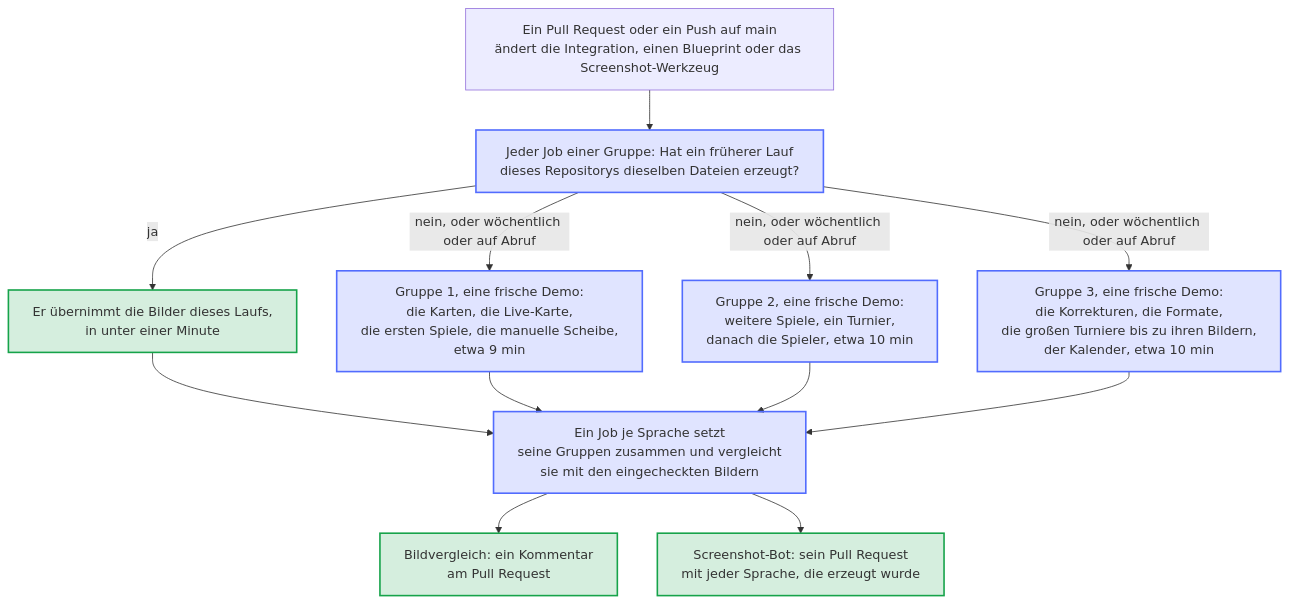
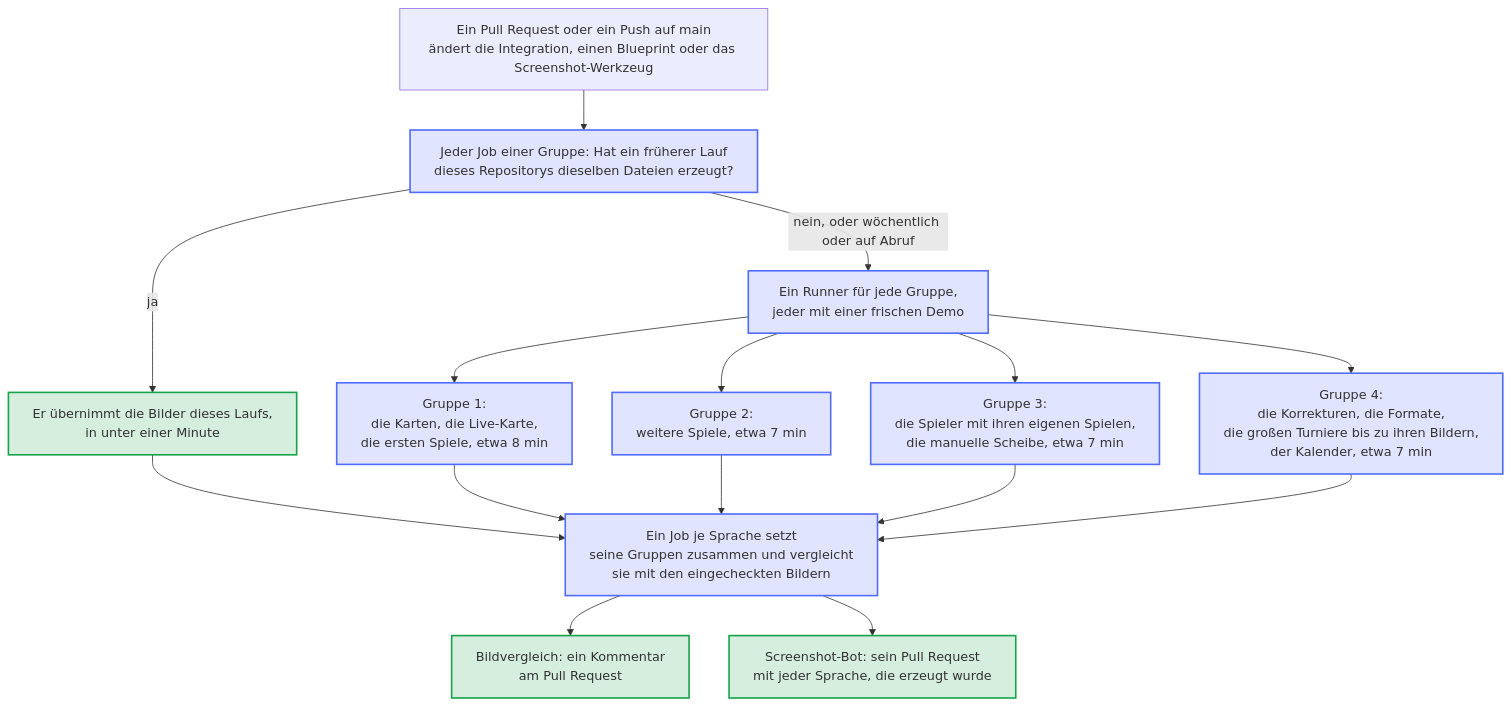
Before and after one commit to Dennis-Otto/homedarts-for-autodarts: the diagram in docs/diagrams/screenshot-groups.de.mmd, drawn with Mermaid. The commit also changed 22 other files, not shown here.

```diff
--- a/docs/diagrams/screenshot-groups.de.mmd
+++ b/docs/diagrams/screenshot-groups.de.mmd
@@ -1,24 +1,26 @@
 ---
 config:
   flowchart:
     wrappingWidth: 400
 ---
 flowchart TB
   accTitle: Wie Bildvergleich und Screenshot-Bot die Bilder in Gruppen erzeugen
-  accDescr: Jede Sprache wird in drei Gruppen gleichzeitig erzeugt, jede Gruppe auf einem eigenen Runner. Zuerst sucht jeder Job einer Gruppe einen früheren Lauf des Bildvergleichs oder des Screenshot-Bots auf einem Branch dieses Repositorys, der dieselben Dateien erzeugt hat; dessen Bilder übernimmt er in unter einer Minute. Sonst erzeugt er sie aus einer frischen Demo. Die Karten, die ersten Spiele und die Dartscheibe ohne Autodarts bilden Gruppe 1, weitere Spiele mit den Spielern Gruppe 2, die Korrekturen eines Darts, die Formate, die großen Turniere und der Kalender Gruppe 3. Danach setzt ein Job je Sprache die Bilder seiner drei Gruppen zusammen und vergleicht sie mit den eingecheckten Bildern. Der Bildvergleich schreibt den Vergleich in einen Kommentar am Pull Request; der Screenshot-Bot aktualisiert seinen Pull Request mit jeder Sprache, die erzeugt wurde.
+  accDescr: Jede Sprache wird in vier Gruppen gleichzeitig erzeugt, jede Gruppe auf einem eigenen Runner. Zuerst sucht jeder Job einer Gruppe einen früheren Lauf des Bildvergleichs oder des Screenshot-Bots auf einem Branch dieses Repositorys, der dieselben Dateien erzeugt hat; dessen Bilder übernimmt er in unter einer Minute. Sonst erzeugt er sie aus einer frischen Demo. Die Karten und die ersten Spiele bilden Gruppe 1, weitere Spiele Gruppe 2, die Spieler mit ihren eigenen Spielen und die Dartscheibe ohne Autodarts Gruppe 3, die Korrekturen eines Darts, die Formate, die großen Turniere und der Kalender Gruppe 4. Danach setzt ein Job je Sprache die Bilder seiner vier Gruppen zusammen und vergleicht sie mit den eingecheckten Bildern. Der Bildvergleich schreibt den Vergleich in einen Kommentar am Pull Request; der Screenshot-Bot aktualisiert seinen Pull Request mit jeder Sprache, die erzeugt wurde.
 
   START["Ein Pull Request oder ein Push auf main<br/>ändert die Integration, einen Blueprint oder das Screenshot-Werkzeug"] --> KEY
   KEY["Jeder Job einer Gruppe: Hat ein früherer Lauf<br/>dieses Repositorys dieselben Dateien erzeugt?"]
   KEY -->|"ja"| TAKE["Er übernimmt die Bilder dieses Laufs,<br/>in unter einer Minute"]
-  KEY -->|"nein, oder wöchentlich oder auf Abruf"| G1 & G2 & G3
-  G1["Gruppe 1, eine frische Demo:<br/>die Karten, die Live-Karte,<br/>die ersten Spiele, die manuelle Scheibe,<br/>etwa 9 min"]
-  G2["Gruppe 2, eine frische Demo:<br/>weitere Spiele, ein Turnier,<br/>danach die Spieler, etwa 10 min"]
-  G3["Gruppe 3, eine frische Demo:<br/>die Korrekturen, die Formate,<br/>die großen Turniere bis zu ihren Bildern,<br/>der Kalender, etwa 10 min"]
-  TAKE & G1 & G2 & G3 --> COLLECT["Ein Job je Sprache setzt<br/>seine Gruppen zusammen und vergleicht<br/>sie mit den eingecheckten Bildern"]
+  KEY -->|"nein, oder wöchentlich oder auf Abruf"| RENDER["Ein Runner für jede Gruppe,<br/>jeder mit einer frischen Demo"]
+  RENDER --> G1 & G2 & G3 & G4
+  G1["Gruppe 1:<br/>die Karten, die Live-Karte,<br/>die ersten Spiele, etwa 8 min"]
+  G2["Gruppe 2:<br/>weitere Spiele, etwa 7 min"]
+  G3["Gruppe 3:<br/>die Spieler mit ihren eigenen Spielen,<br/>die manuelle Scheibe, etwa 7 min"]
+  G4["Gruppe 4:<br/>die Korrekturen, die Formate,<br/>die großen Turniere bis zu ihren Bildern,<br/>der Kalender, etwa 7 min"]
+  TAKE & G1 & G2 & G3 & G4 --> COLLECT["Ein Job je Sprache setzt<br/>seine Gruppen zusammen und vergleicht<br/>sie mit den eingecheckten Bildern"]
   COLLECT --> COMMENT["Bildvergleich: ein Kommentar<br/>am Pull Request"]
   COLLECT --> BOT["Screenshot-Bot: sein Pull Request<br/>mit jeder Sprache, die erzeugt wurde"]
 
   classDef bot fill:#526cfe2e,stroke:#526cfe,stroke-width:2px
   classDef done fill:#16a34a2e,stroke:#16a34a,stroke-width:2px
-  class KEY,G1,G2,G3,COLLECT bot
+  class KEY,RENDER,G1,G2,G3,G4,COLLECT bot
   class TAKE,COMMENT,BOT done
```
